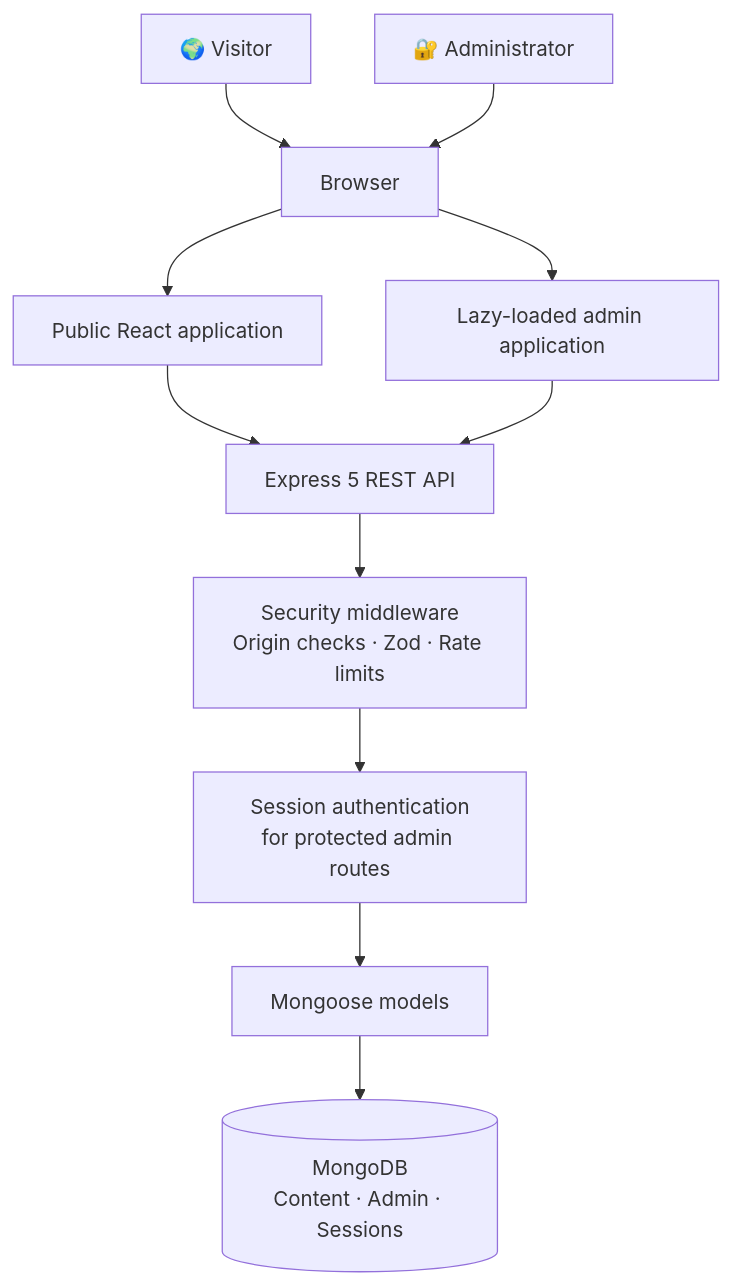
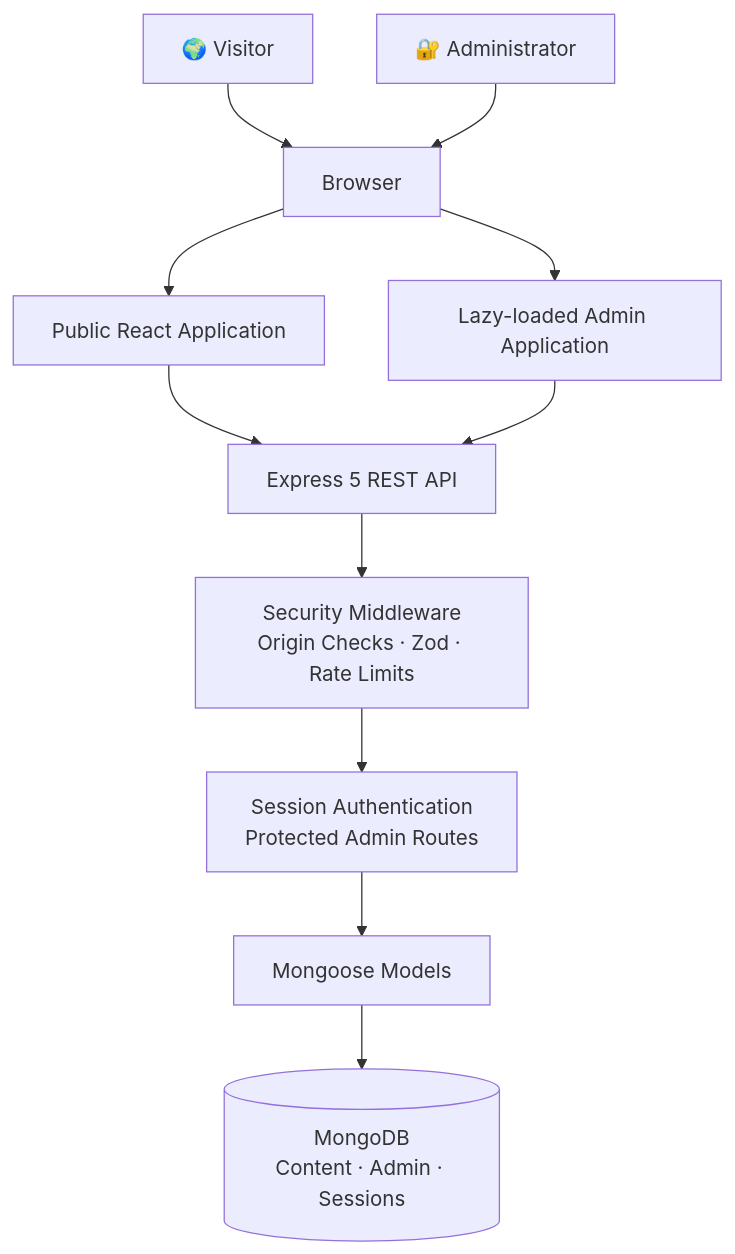
The first of 2 diagrams in README.md (Pradeep4002-C/pradeep-chavan-portfolio), drawn with Mermaid before and after one commit. The commit also changed other lines of this file, not shown here.

````diff
--- a/README.md
+++ b/README.md
@@ -123,16 +123,16 @@
 ```mermaid
 flowchart TB
     VISITOR["🌍 Visitor"] --> BROWSER["Browser"]
     ADMIN["🔐 Administrator"] --> BROWSER
 
-    BROWSER --> PUBLIC["Public React application"]
-    BROWSER --> DASH["Lazy-loaded admin application"]
+    BROWSER --> PUBLIC["Public React Application"]
+    BROWSER --> DASH["Lazy-loaded Admin Application"]
 
     PUBLIC --> API["Express 5 REST API"]
     DASH --> API
 
-    API --> MW["Security middleware<br/>Origin checks · Zod · Rate limits"]
-    MW --> AUTH["Session authentication<br/>for protected admin routes"]
-    AUTH --> MODELS["Mongoose models"]
+    API --> MW["Security Middleware<br/>Origin Checks · Zod · Rate Limits"]
+    MW --> AUTH["Session Authentication<br/>Protected Admin Routes"]
+    AUTH --> MODELS["Mongoose Models"]
     MODELS --> DB[("MongoDB<br/>Content · Admin · Sessions")]
 ```
````
